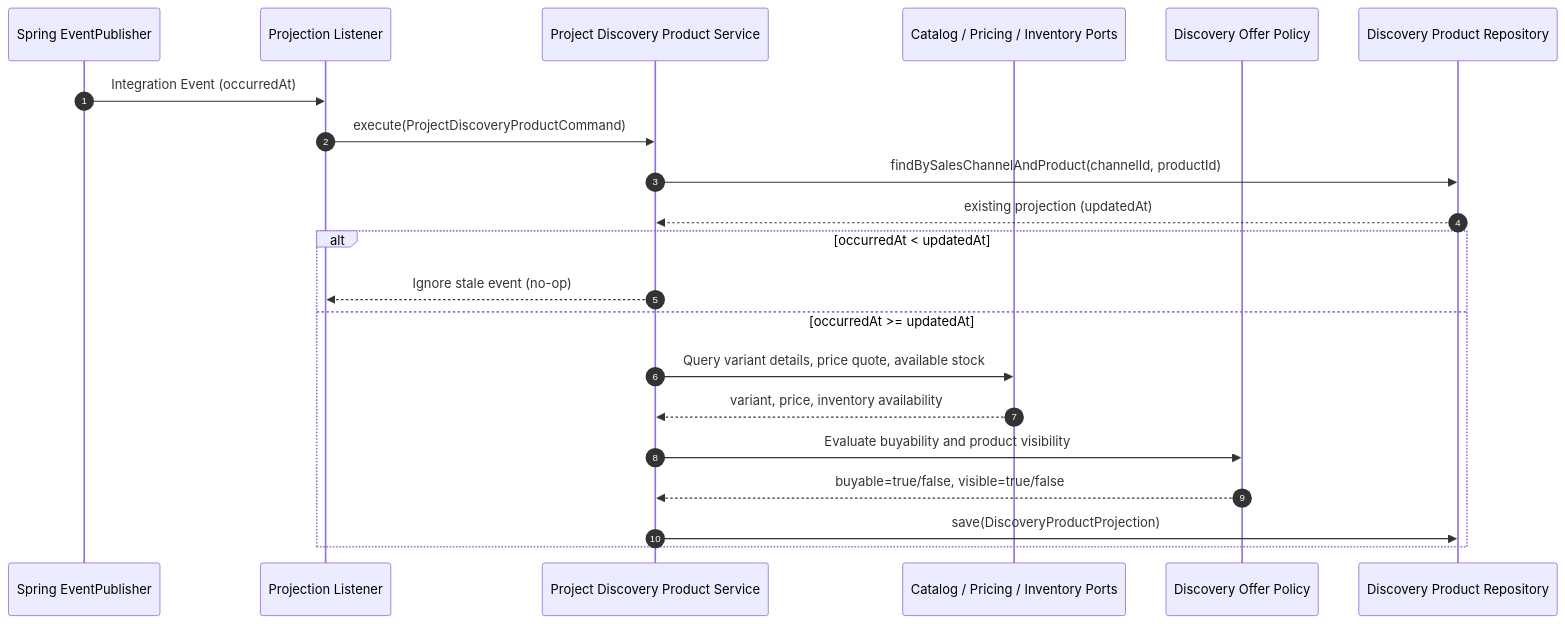
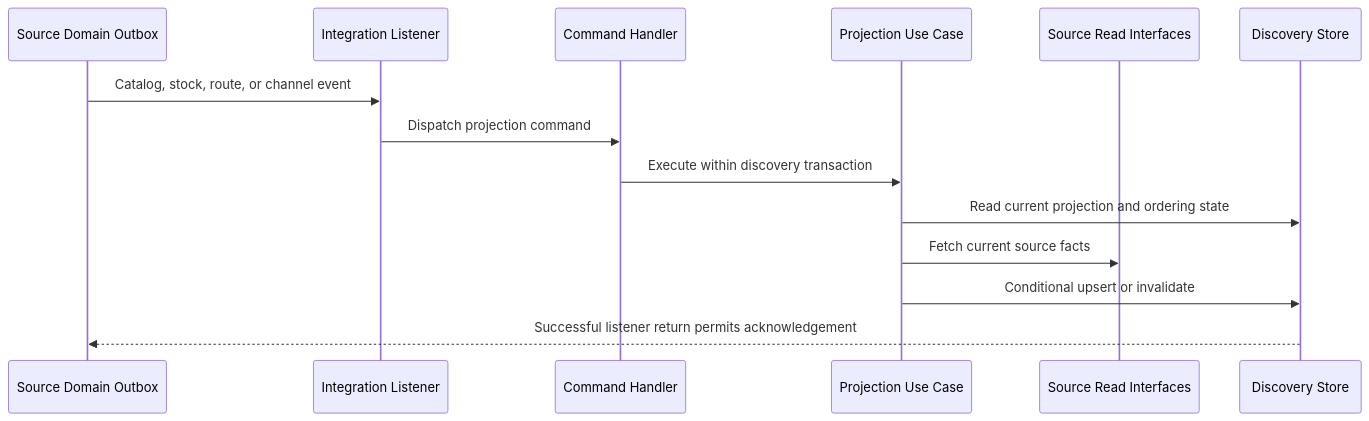
One commit to khinemyaezin/grab changed the fourth of 4 diagrams in docs/spec/system/storefront-query-tech-spec.md. Above: the diagram before and after it, drawn with Mermaid. The commit also changed other lines of this file and 26 other files, not shown here.

````diff
--- a/docs/spec/system/storefront-query-tech-spec.md
+++ b/docs/spec/system/storefront-query-tech-spec.md
@@ -139,24 +89,16 @@
 ```mermaid
 sequenceDiagram
-    autonumber
-    participant EventBus as Spring EventPublisher
-    participant Listener as Projection Listener
-    participant Projector as Project Discovery Product Service
-    participant Ports as Catalog / Pricing / Inventory Ports
-    participant Policy as Discovery Offer Policy
-    participant Store as Discovery Product Repository
-
-    EventBus->>Listener: Integration Event (occurredAt)
-    Listener->>Projector: execute(ProjectDiscoveryProductCommand)
-    Projector->>Store: findBySalesChannelAndProduct(channelId, productId)
-    Store-->>Projector: existing projection (updatedAt)
-    alt occurredAt < updatedAt
-        Projector-->>Listener: Ignore stale event (no-op)
-    else occurredAt >= updatedAt
-        Projector->>Ports: Query variant details, price quote, available stock
-        Ports-->>Projector: variant, price, inventory availability
-        Projector->>Policy: Evaluate buyability and product visibility
-        Policy-->>Projector: buyable=true/false, visible=true/false
-        Projector->>Store: save(DiscoveryProductProjection)
-    end
+    participant Source as Source Domain Outbox
+    participant Listener as Integration Listener
+    participant Handler as Command Handler
+    participant Projector as Projection Use Case
+    participant Ports as Source Read Interfaces
+    participant Store as Discovery Store
+    Source->>Listener: Catalog, stock, route, or channel event
+    Listener->>Handler: Dispatch projection command
+    Handler->>Projector: Execute within discovery transaction
+    Projector->>Store: Read current projection and ordering state
+    Projector->>Ports: Fetch current source facts
+    Projector->>Store: Conditional upsert or invalidate
+    Store-->>Source: Successful listener return permits acknowledgement
 ```
````
